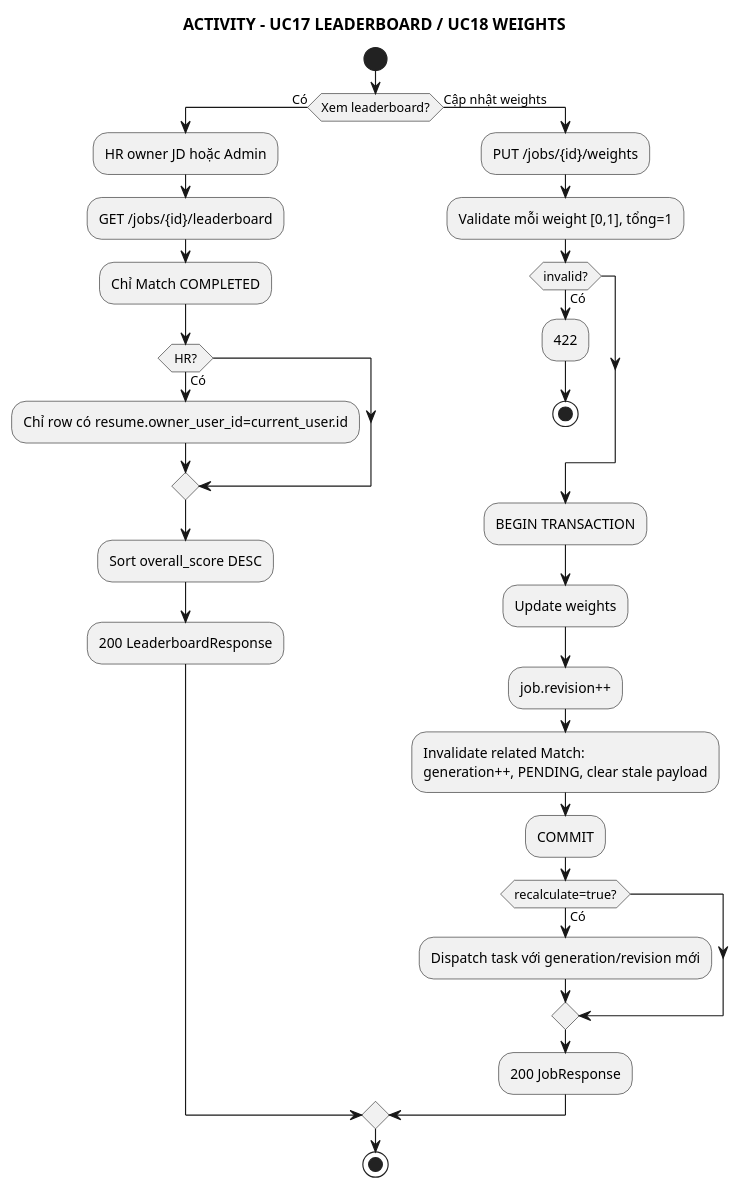
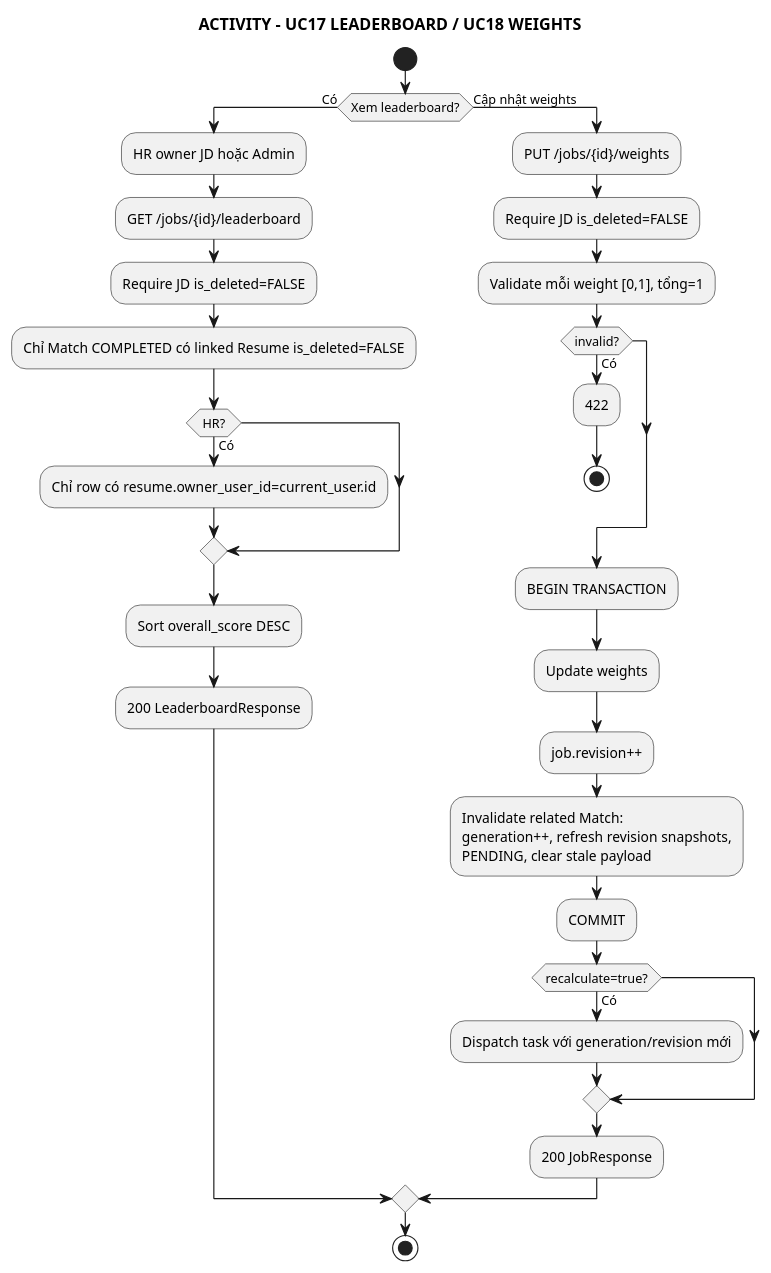
The diagram in docs/03_activity/act_uc17_18_leaderboard_weights.puml (anh632k-ui/WebCVUngVienTuyenDung), drawn with PlantUML before and after one commit.

Commit message:
docs(activity): filter leaderboard and weight mutation by active resources

```diff
--- a/docs/03_activity/act_uc17_18_leaderboard_weights.puml
+++ b/docs/03_activity/act_uc17_18_leaderboard_weights.puml
@@ -1,35 +1,38 @@
 @startuml
 skinparam monochrome true
 skinparam shadowing false
 title ACTIVITY - UC17 LEADERBOARD / UC18 WEIGHTS
 
 start
 if (Xem leaderboard?) then (Có)
   :HR owner JD hoặc Admin;
   :GET /jobs/{id}/leaderboard;
-  :Chỉ Match COMPLETED;
+  :Require JD is_deleted=FALSE;
+  :Chỉ Match COMPLETED có linked Resume is_deleted=FALSE;
   if (HR?) then (Có)
     :Chỉ row có resume.owner_user_id=current_user.id;
   endif
   :Sort overall_score DESC;
   :200 LeaderboardResponse;
 else (Cập nhật weights)
   :PUT /jobs/{id}/weights;
+  :Require JD is_deleted=FALSE;
   :Validate mỗi weight [0,1], tổng=1;
   if (invalid?) then (Có)
     :422;
     stop
   endif
   :BEGIN TRANSACTION;
   :Update weights;
   :job.revision++;
   :Invalidate related Match:
-generation++, PENDING, clear stale payload;
+generation++, refresh revision snapshots,
+PENDING, clear stale payload;
   :COMMIT;
   if (recalculate=true?) then (Có)
     :Dispatch task với generation/revision mới;
   endif
   :200 JobResponse;
 endif
 stop
 @enduml
```
